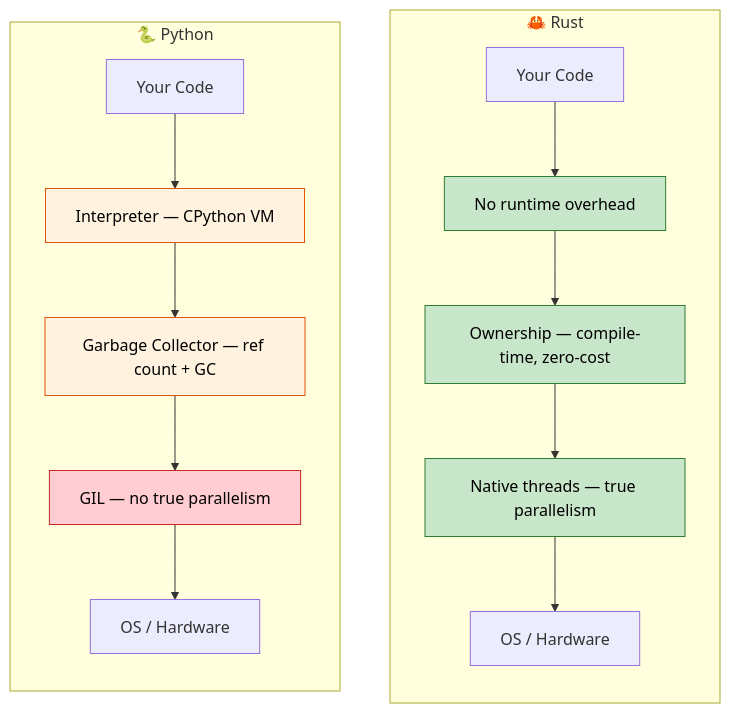
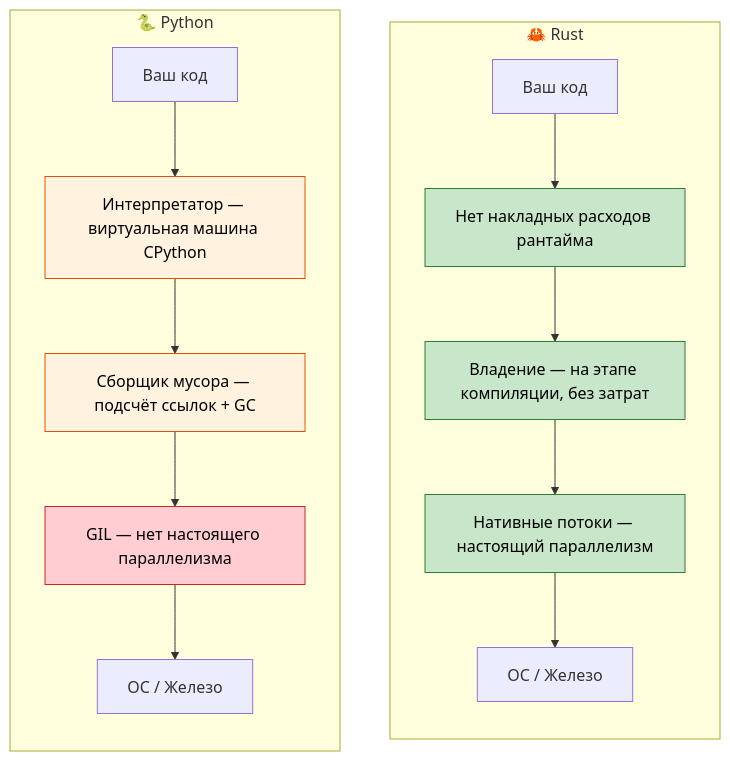
Before and after one commit to r007/RustTraining-Rus: the diagram in python-book/src/ch01-introduction-and-motivation.md, drawn with Mermaid. The commit also changed other lines of this file and 10 other files, not shown here.

````diff
--- a/python-book/src/ch01-introduction-and-motivation.md
+++ b/python-book/src/ch01-introduction-and-motivation.md
@@ -397,26 +384,26 @@
 ```mermaid
 graph LR
     subgraph PY["🐍 Python"]
         direction TB
-        PY_CODE["Your Code"] --> PY_INTERP["Interpreter — CPython VM"]
-        PY_INTERP --> PY_GC["Garbage Collector — ref count + GC"]
-        PY_GC --> PY_GIL["GIL — no true parallelism"]
-        PY_GIL --> PY_OS["OS / Hardware"]
+        PY_CODE["Ваш код"] --> PY_INTERP["Интерпретатор — виртуальная машина CPython"]
+        PY_INTERP --> PY_GC["Сборщик мусора — подсчёт ссылок + GC"]
+        PY_GC --> PY_GIL["GIL — нет настоящего параллелизма"]
+        PY_GIL --> PY_OS["ОС / Железо"]
     end
 
     PY ~~~ RS
     subgraph RS["🦀 Rust"]
         direction TB
-        RS_CODE["Your Code"] --> RS_NONE["No runtime overhead"]
-        RS_NONE --> RS_OWN["Ownership — compile-time, zero-cost"]
-        RS_OWN --> RS_THR["Native threads — true parallelism"]
-        RS_THR --> RS_OS["OS / Hardware"]
+        RS_CODE["Ваш код"] --> RS_NONE["Нет накладных расходов рантайма"]
+        RS_NONE --> RS_OWN["Владение — на этапе компиляции, без затрат"]
+        RS_OWN --> RS_THR["Нативные потоки — настоящий параллелизм"]
+        RS_THR --> RS_OS["ОС / Железо"]
     end
 
     style PY_INTERP fill:#fff3e0,color:#000,stroke:#e65100
     style PY_GC fill:#fff3e0,color:#000,stroke:#e65100
     style PY_GIL fill:#ffcdd2,color:#000,stroke:#c62828
     style RS_NONE fill:#c8e6c9,color:#000,stroke:#2e7d32
     style RS_OWN fill:#c8e6c9,color:#000,stroke:#2e7d32
     style RS_THR fill:#c8e6c9,color:#000,stroke:#2e7d32
 ```
````
